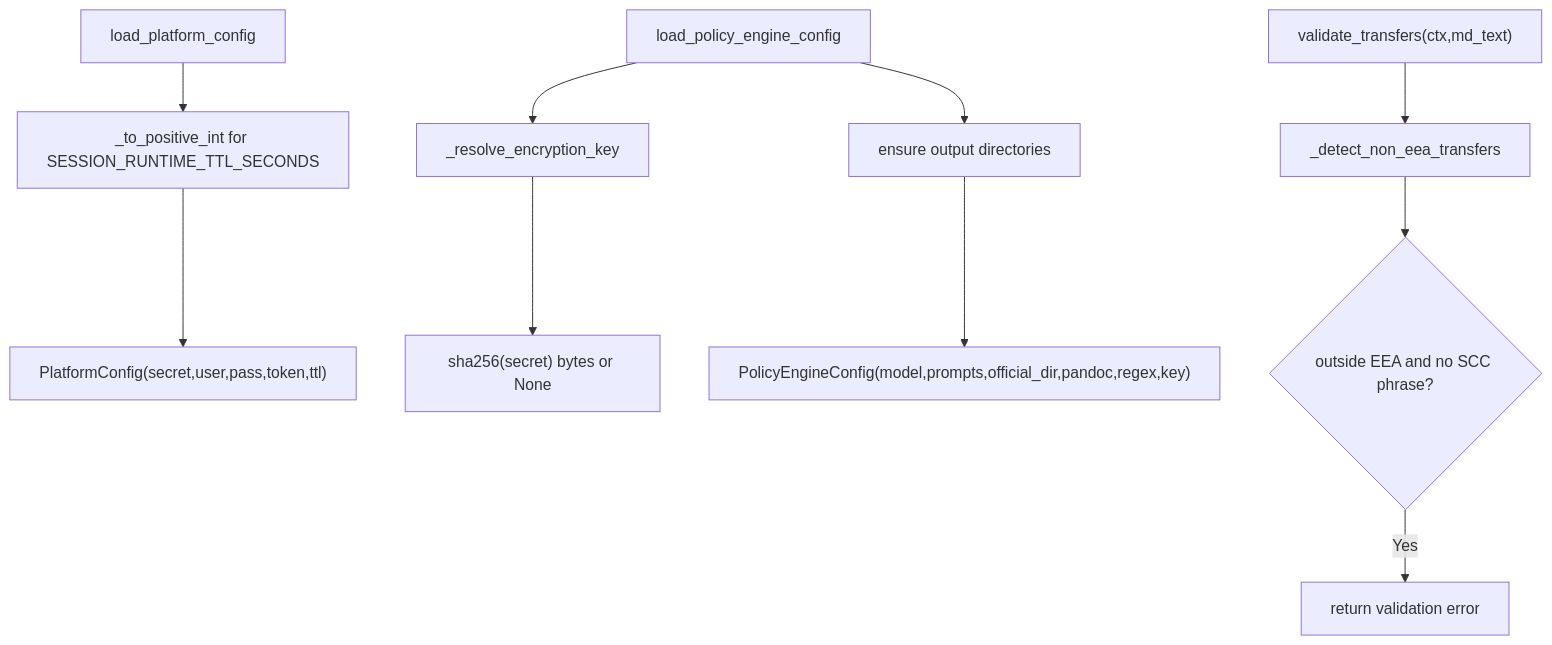
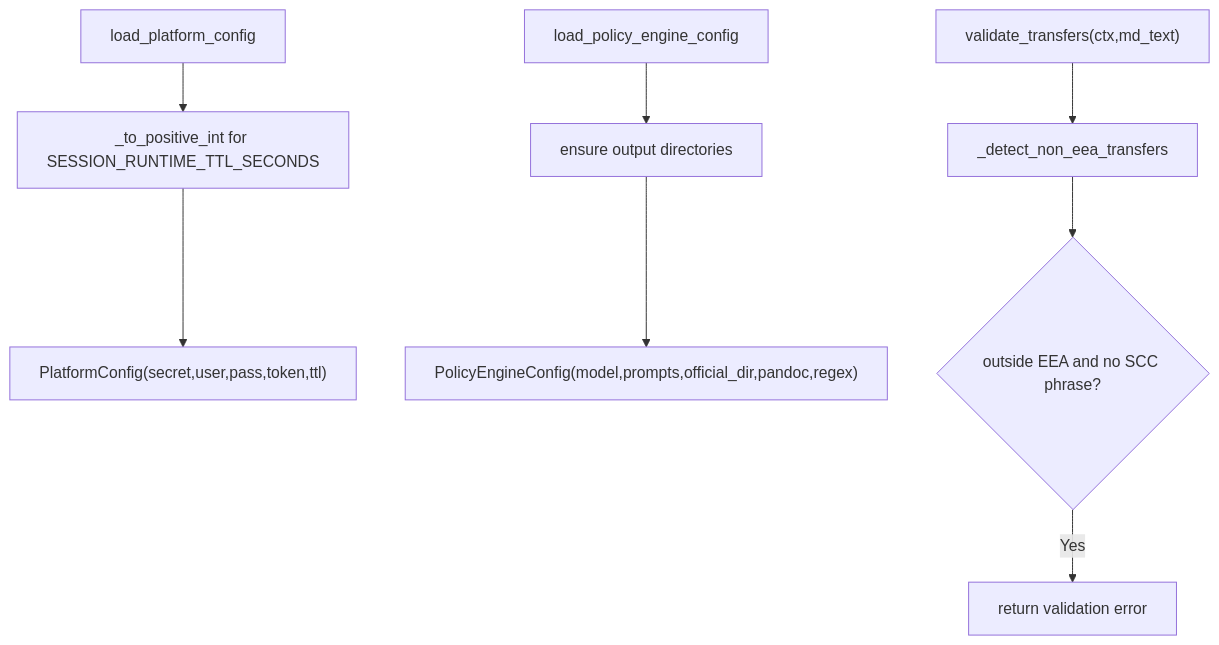
One commit to ApostolisSiatras/GDPR-Assessor changed the diagram in docs/architecture-diagrams/mermaid-src/08-config-validation__b-function-level-execution-flow__02.mmd. Above: the diagram before and after it, drawn with Mermaid. The commit also changed 20 other files, not shown here.

Commit message:
Remove unused encryption paths and simplify policy persistence/export

```diff
--- a/docs/architecture-diagrams/mermaid-src/08-config-validation__b-function-level-execution-flow__02.mmd
+++ b/docs/architecture-diagrams/mermaid-src/08-config-validation__b-function-level-execution-flow__02.mmd
@@ -1,12 +1,10 @@
 flowchart TD
   C1["load_platform_config"] --> C2["_to_positive_int for SESSION_RUNTIME_TTL_SECONDS"]
   C2 --> C3["PlatformConfig(secret,user,pass,token,ttl)"]
 
   C4["load_policy_engine_config"] --> C5["ensure output directories"]
-  C4 --> C6["_resolve_encryption_key"]
-  C6 --> C7["sha256(secret) bytes or None"]
-  C5 --> C8["PolicyEngineConfig(model,prompts,official_dir,pandoc,regex,key)"]
+  C5 --> C8["PolicyEngineConfig(model,prompts,official_dir,pandoc,regex)"]
 
   V1["validate_transfers(ctx,md_text)"] --> V2["_detect_non_eea_transfers"]
   V2 --> V3{outside EEA and no SCC phrase?}
   V3 -->|Yes| V4["return validation error"]
```
